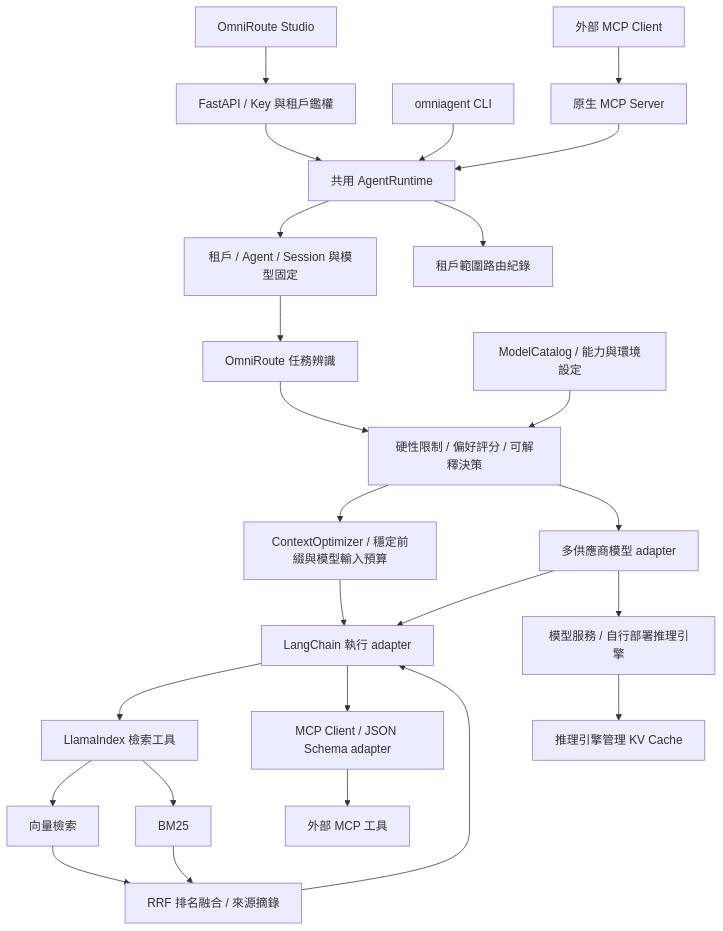
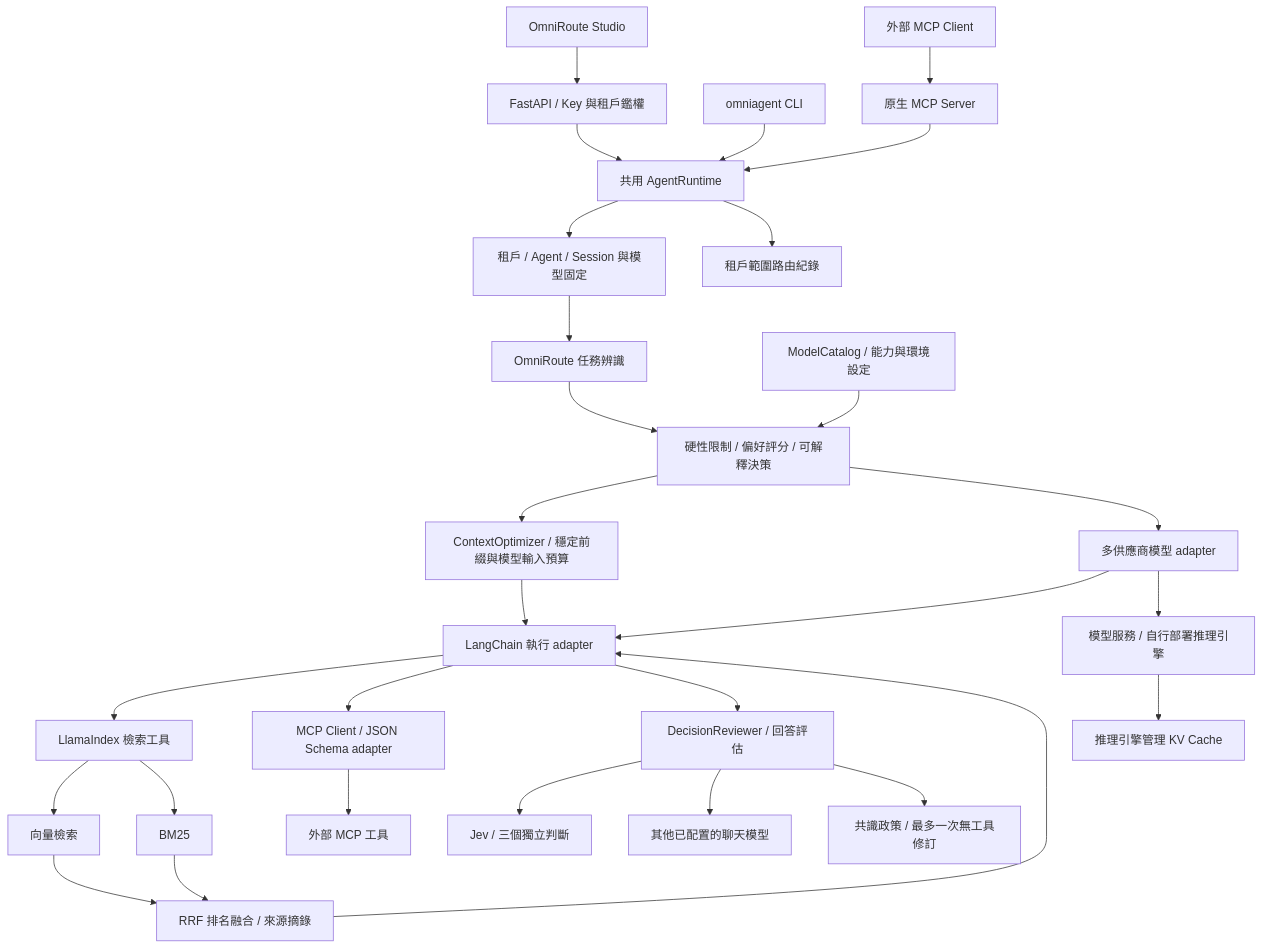
The diagram in agent-platform/PROJECT_OVERVIEW.md (JingLunHuang/LangChain), drawn with Mermaid before and after one commit. The commit also changed other lines of this file and 15 other files, not shown here.

````diff
--- a/agent-platform/PROJECT_OVERVIEW.md
+++ b/agent-platform/PROJECT_OVERVIEW.md
@@ -24,27 +25,31 @@
 ```mermaid
 flowchart TB
     UI[OmniRoute Studio] --> API[FastAPI / Key 與租戶鑑權]
     API --> Runtime[共用 AgentRuntime]
     CLI[omniagent CLI] --> Runtime
     MCPClient[外部 MCP Client] --> MCP[原生 MCP Server]
     MCP --> Runtime
     Runtime --> Session[租戶 / Agent / Session 與模型固定]
     Session --> Task[OmniRoute 任務辨識]
     Catalog[ModelCatalog / 能力與環境設定] --> Policy
     Task --> Policy[硬性限制 / 偏好評分 / 可解釋決策]
     Policy --> Context[ContextOptimizer / 穩定前綴與模型輸入預算]
     Context --> Agent[LangChain 執行 adapter]
     Policy --> Providers[多供應商模型 adapter]
     Providers --> Agent
     Agent --> Data[LlamaIndex 檢索工具]
     Data --> Vector[向量檢索]
     Data --> BM25[BM25]
     Vector --> RRF[RRF 排名融合 / 來源摘錄]
     BM25 --> RRF
     RRF --> Agent
     Agent --> Bridge[MCP Client / JSON Schema adapter]
     Bridge --> External[外部 MCP 工具]
+    Agent --> Review[DecisionReviewer / 回答評估]
+    Review --> Jev[Jev / 三個獨立判斷]
+    Review --> Judges[其他已配置的聊天模型]
+    Review --> Consensus[共識政策 / 最多一次無工具修訂]
     Providers --> Backend[模型服務 / 自行部署推理引擎]
     Backend --> GPU[推理引擎管理 KV Cache]
     Runtime --> Trace[租戶範圍路由紀錄]
 ```
````
